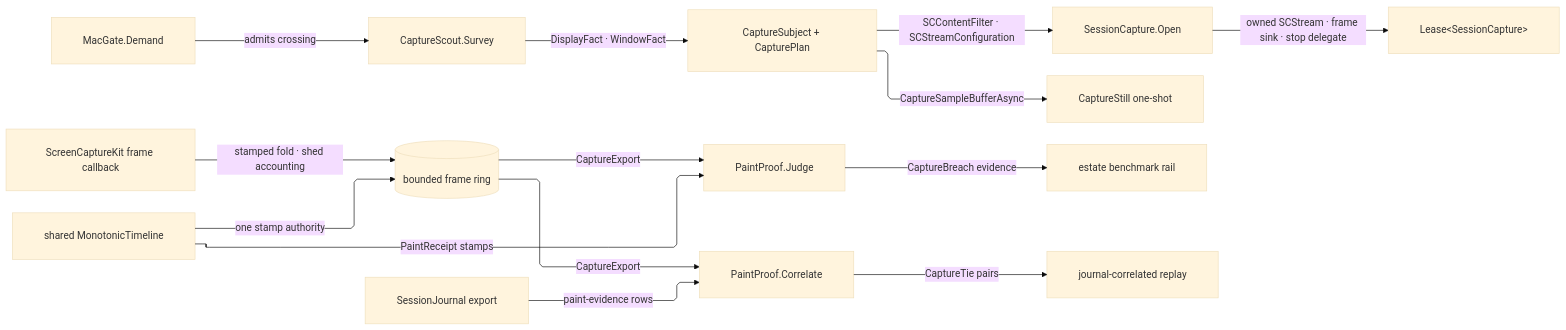
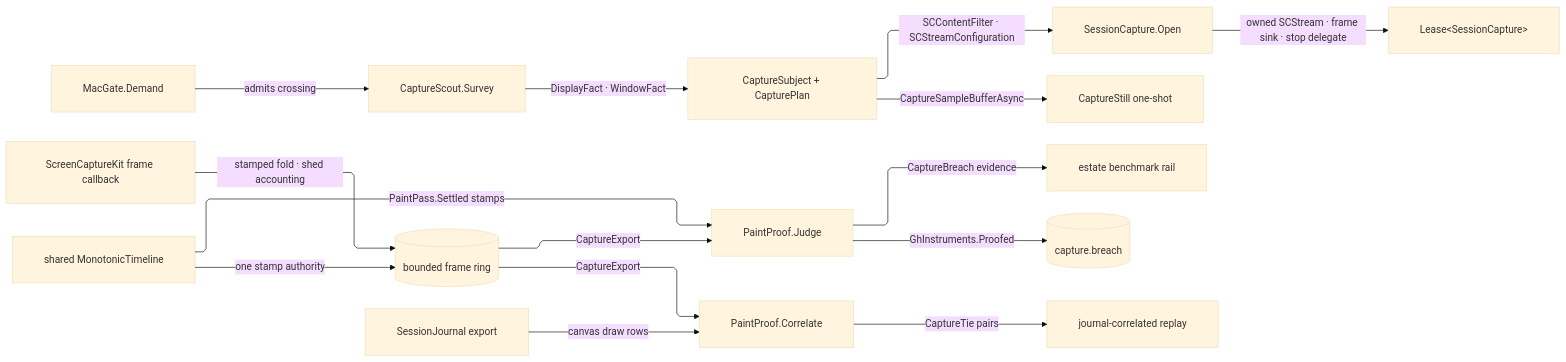
Before and after one commit to bsamiee/Rasm: the diagram in libs/dotnet/Rasm.Grasshopper/.planning/Platform/capture.md, drawn with Mermaid (base theme). The commit also changed other lines of this file and 1417 other files, not shown here.

````diff
--- a/libs/dotnet/Rasm.Grasshopper/.planning/Platform/capture.md
+++ b/libs/dotnet/Rasm.Grasshopper/.planning/Platform/capture.md
@@ -612,25 +612,26 @@
 ```mermaid
 ---
 config:
   layout: elk
   flowchart:
     curve: linear
     padding: 25
 ---
 flowchart LR
     accTitle: Lease native canvas capture and prove paint claims
     accDescr: The macOS gate admits a surveyed display or window target; a leased ScreenCaptureKit stream folds delivered frames into a stamped bounded ring, the one-shot screenshot rides the same filter and raster kernel, and the export feeds the paint-regression judgment and the journal correlation over one shared monotonic timeline.
     Gate["MacGate.Demand"] -->|"admits crossing"| Scout["CaptureScout.Survey"]
     Scout -->|"DisplayFact · WindowFact"| Target["CaptureSubject + CapturePlan"]
     Target -->|"SCContentFilter · SCStreamConfiguration"| Session["SessionCapture.Open"]
     Session -->|"owned SCStream · frame sink · stop delegate"| Lease["Lease&lt;SessionCapture&gt;"]
     Stream["ScreenCaptureKit frame callback"] -->|"stamped fold · shed accounting"| Ring[("bounded frame ring")]
     Target -->|"CaptureSampleBufferAsync"| Still["CaptureStill one-shot"]
     Timeline["shared MonotonicTimeline"] -->|"one stamp authority"| Ring
-    Timeline -->|"PaintReceipt stamps"| Proof["PaintProof.Judge"]
+    Timeline -->|"PaintPass.Settled stamps"| Proof["PaintProof.Judge"]
     Ring -->|"CaptureExport"| Proof
     Ring -->|"CaptureExport"| Tie["PaintProof.Correlate"]
-    Journal["SessionJournal export"] -->|"paint-evidence rows"| Tie
+    Journal["SessionJournal export"] -->|"canvas draw rows"| Tie
     Proof -->|"CaptureBreach evidence"| Regression["estate benchmark rail"]
+    Proof -->|"GhInstruments.Proofed"| Meter[("capture.breach")]
     Tie -->|"CaptureTie pairs"| Replay["journal-correlated replay"]
 ```
````
